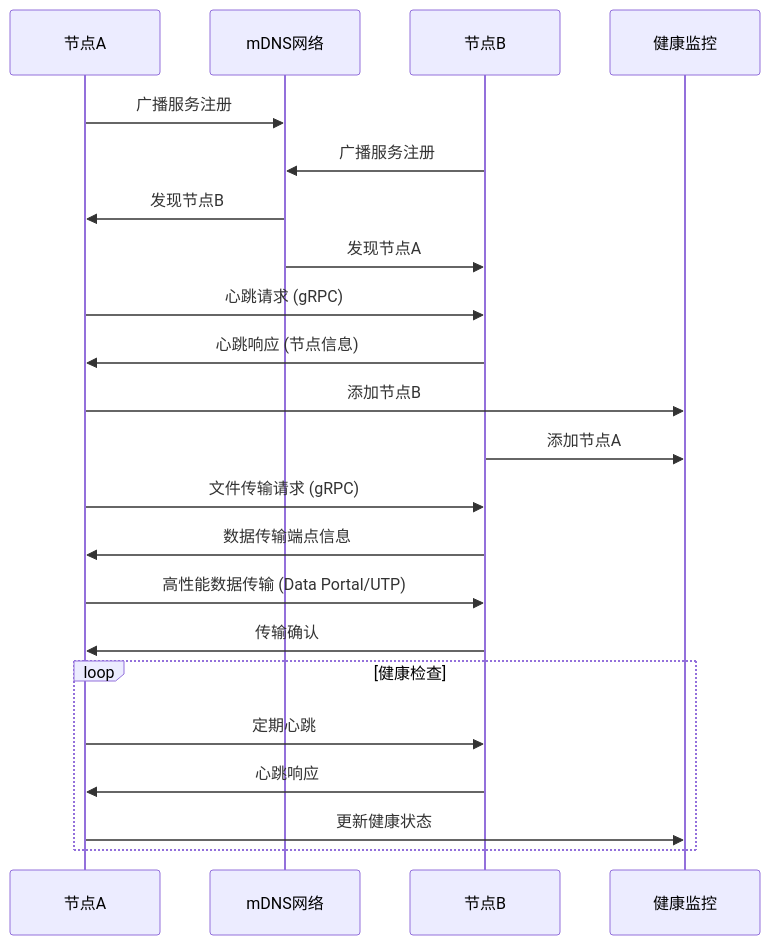
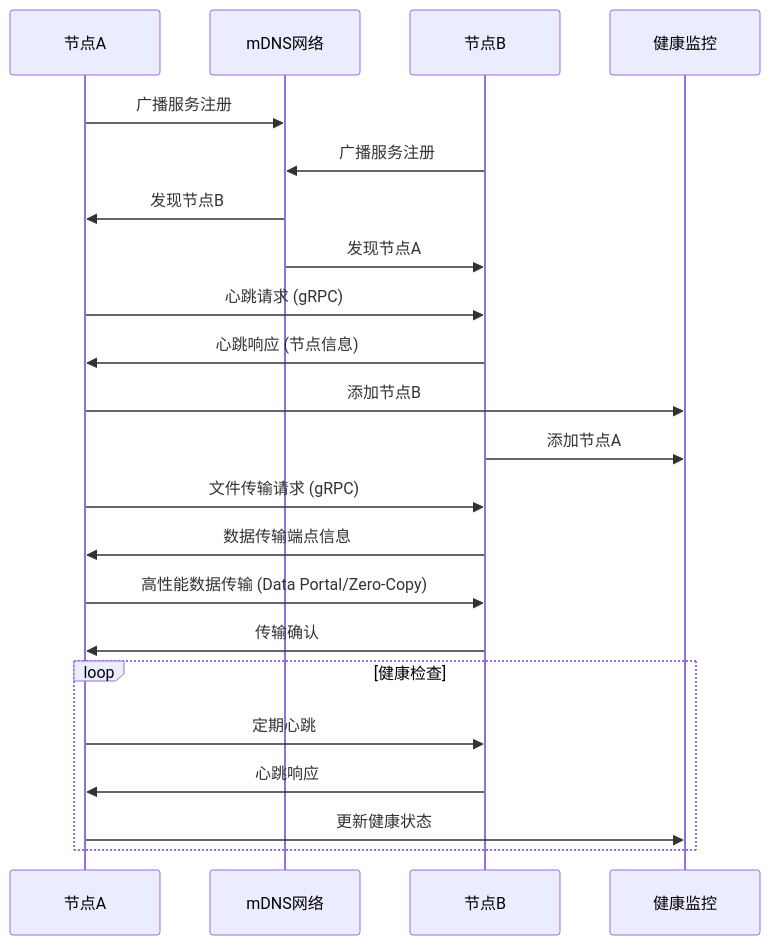
One commit to Gyangu/librorum changed diagram 15 of 17 in docs/CORE_ARCHITECTURE.md. Above: the diagram before and after it, drawn with Mermaid. The commit also changed other lines of this file and 19 other files, not shown here.

````diff
--- a/docs/CORE_ARCHITECTURE.md
+++ b/docs/CORE_ARCHITECTURE.md
@@ -673,32 +589,32 @@
 ```mermaid
 sequenceDiagram
     participant A as 节点A
     participant mDNS as mDNS网络
     participant B as 节点B
     participant Health as 健康监控
 
     %% 初始发现
     A->>mDNS: 广播服务注册
     B->>mDNS: 广播服务注册
     mDNS->>A: 发现节点B
     mDNS->>B: 发现节点A
 
     %% 连接建立
     A->>B: 心跳请求 (gRPC)
     B->>A: 心跳响应 (节点信息)
     A->>Health: 添加节点B
     B->>Health: 添加节点A
 
     %% 文件传输
     A->>B: 文件传输请求 (gRPC)
     B->>A: 数据传输端点信息
-    A->>B: 高性能数据传输 (Data Portal/UTP)
+    A->>B: 高性能数据传输 (Data Portal/Zero-Copy)
     B->>A: 传输确认
 
     %% 持续监控
     loop 健康检查
         A->>B: 定期心跳
         B->>A: 心跳响应
         A->>Health: 更新健康状态
     end
 ```
````
